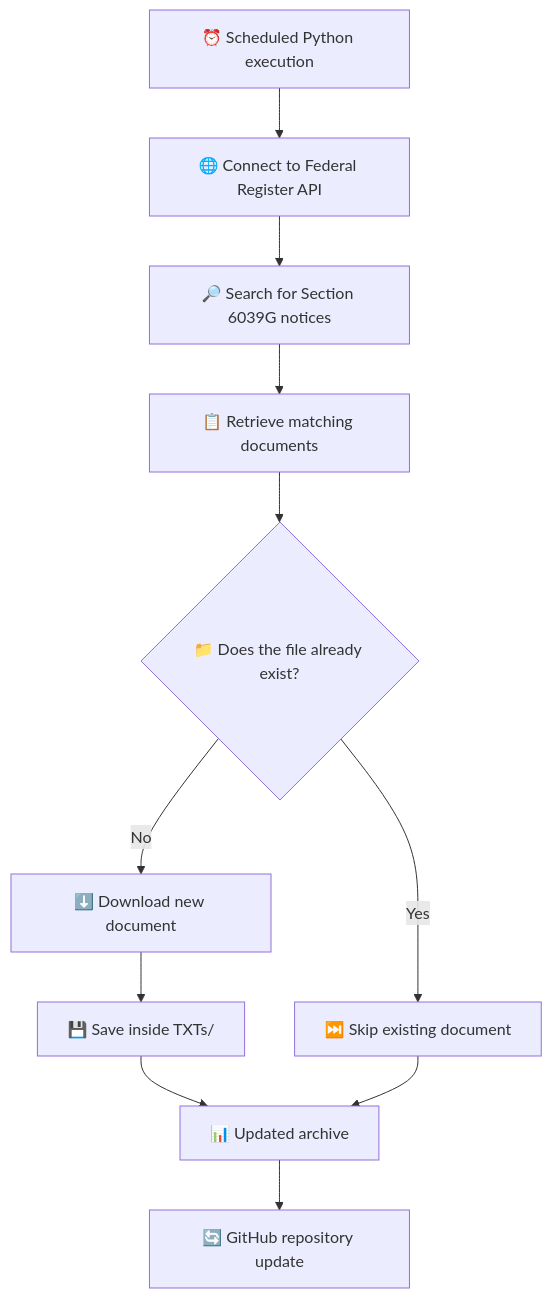
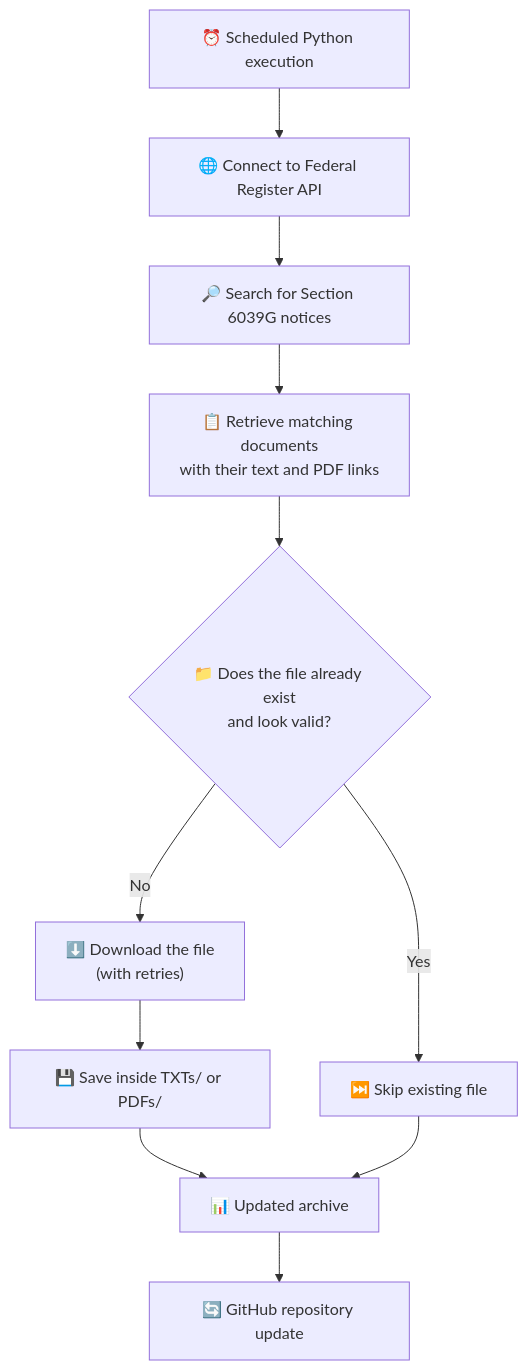
Diagram 17 of 17 in README.md (CoreData-Labs/usa-quarterly-expatriation-list), drawn with Mermaid before and after one commit. The commit also changed other lines of this file, not shown here.

First line of the commit message:
Enhance README with PDF inclusion and downloader details

````diff
--- a/README.md
+++ b/README.md
@@ -734,13 +739,13 @@
 ```mermaid
 flowchart TD
     A["⏰ Scheduled Python execution"] --> B["🌐 Connect to Federal Register API"]
     B --> C["🔎 Search for Section 6039G notices"]
-    C --> D["📋 Retrieve matching documents"]
-    D --> E{"📁 Does the file already exist?"}
-    E -->|Yes| F["⏭️ Skip existing document"]
-    E -->|No| G["⬇️ Download new document"]
-    G --> H["💾 Save inside TXTs/"]
+    C --> D["📋 Retrieve matching documents<br/>with their text and PDF links"]
+    D --> E{"📁 Does the file already exist<br/>and look valid?"}
+    E -->|Yes| F["⏭️ Skip existing file"]
+    E -->|No| G["⬇️ Download the file<br/>(with retries)"]
+    G --> H["💾 Save inside TXTs/ or PDFs/"]
     H --> I["📊 Updated archive"]
     F --> I
     I --> J["🔄 GitHub repository update"]
 ```
````
